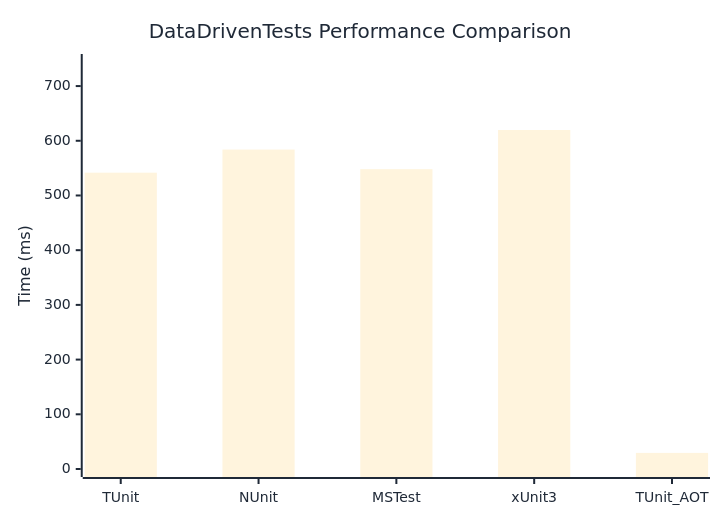
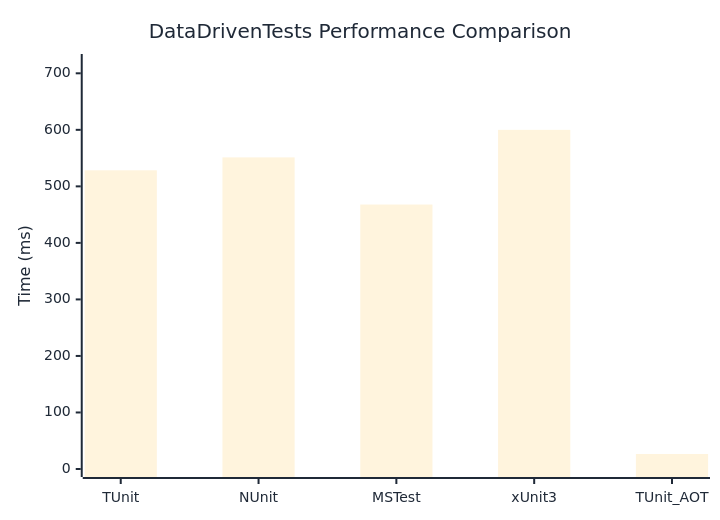
One commit to thomhurst/TUnit changed the diagram in docs/docs/benchmarks/DataDrivenTests.md. Above: the diagram before and after it, drawn with Mermaid. The commit also changed other lines of this file and 17 other files, not shown here.

````diff
--- a/docs/docs/benchmarks/DataDrivenTests.md
+++ b/docs/docs/benchmarks/DataDrivenTests.md
@@ -27,37 +27,37 @@
 ```mermaid
 %%{init: {
   'theme':'base',
   'themeVariables': {
     'primaryColor': '#2563eb',
     'primaryTextColor': '#1f2937',
     'primaryBorderColor': '#1e40af',
     'lineColor': '#6b7280',
     'secondaryColor': '#7c3aed',
     'tertiaryColor': '#dc2626',
     'background': '#ffffff',
     'mainBkg': '#2563eb',
     'secondBkg': '#7c3aed',
     'tertiaryBkg': '#dc2626',
     'clusterBkg': '#f3f4f6',
     'edgeLabelBackground': '#ffffff',
     'tertiaryTextColor': '#1f2937',
     'pie1': '#2563eb',
     'pie2': '#7c3aed',
     'pie3': '#dc2626',
     'pie4': '#f59e0b',
     'pie5': '#10b981',
     'pie6': '#06b6d4',
     'pie7': '#ec4899',
     'pie8': '#6366f1',
     'pie9': '#84cc16',
     'pie10': '#f97316',
     'pie11': '#14b8a6',
     'pie12': '#a855f7'
   }
 }}%%
 xychart-beta
   title "DataDrivenTests Performance Comparison"
   x-axis ["TUnit", "NUnit", "MSTest", "xUnit3", "TUnit_AOT"]
-  y-axis "Time (ms)" 0 --> 744
-  bar [541.68, 583.94, 548.09, 619.72, 29.43]
+  y-axis "Time (ms)" 0 --> 720
+  bar [528.39, 551.25, 467.85, 599.96, 26.5]
 ```
````
